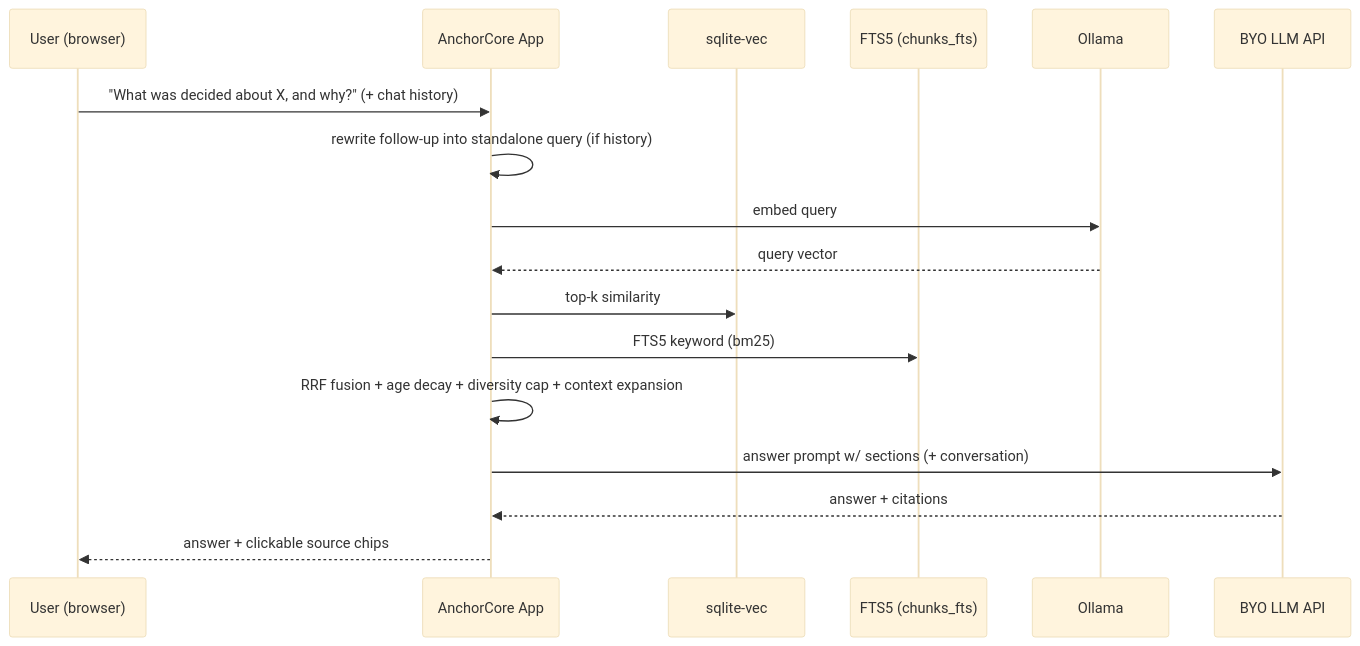
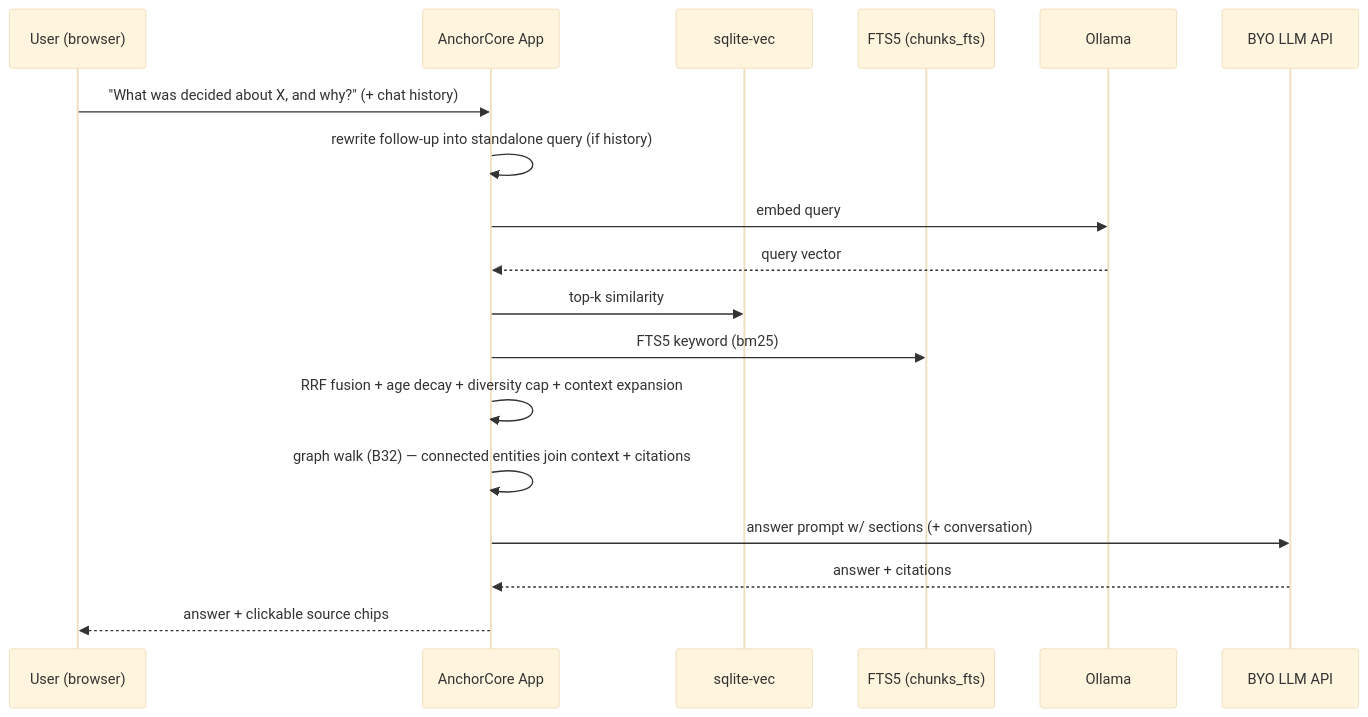
One commit to Atsirkunov/anchorcore changed the third of 4 diagrams in docs/architecture.md. Above: the diagram before and after it, drawn with Mermaid (base theme). The commit also changed other lines of this file and 4 other files, not shown here.

First line of the commit message:
B32: graph-based retrieval — relationship-aware expansion after RRF fusion

````diff
--- a/docs/architecture.md
+++ b/docs/architecture.md
@@ -66,20 +66,21 @@
 ```mermaid
 sequenceDiagram
     participant U as User (browser)
     participant A as AnchorCore App
     participant V as sqlite-vec
     participant F as FTS5 (chunks_fts)
     participant O as Ollama
     participant M as BYO LLM API
 
     U->>A: "What was decided about X, and why?" (+ chat history)
     A->>A: rewrite follow-up into standalone query (if history)
     A->>O: embed query
     O-->>A: query vector
     A->>V: top-k similarity
     A->>F: FTS5 keyword (bm25)
     A->>A: RRF fusion + age decay + diversity cap + context expansion
+    A->>A: graph walk (B32) — connected entities join context + citations
     A->>M: answer prompt w/ sections (+ conversation)
     M-->>A: answer + citations
     A-->>U: answer + clickable source chips
 ```
````
